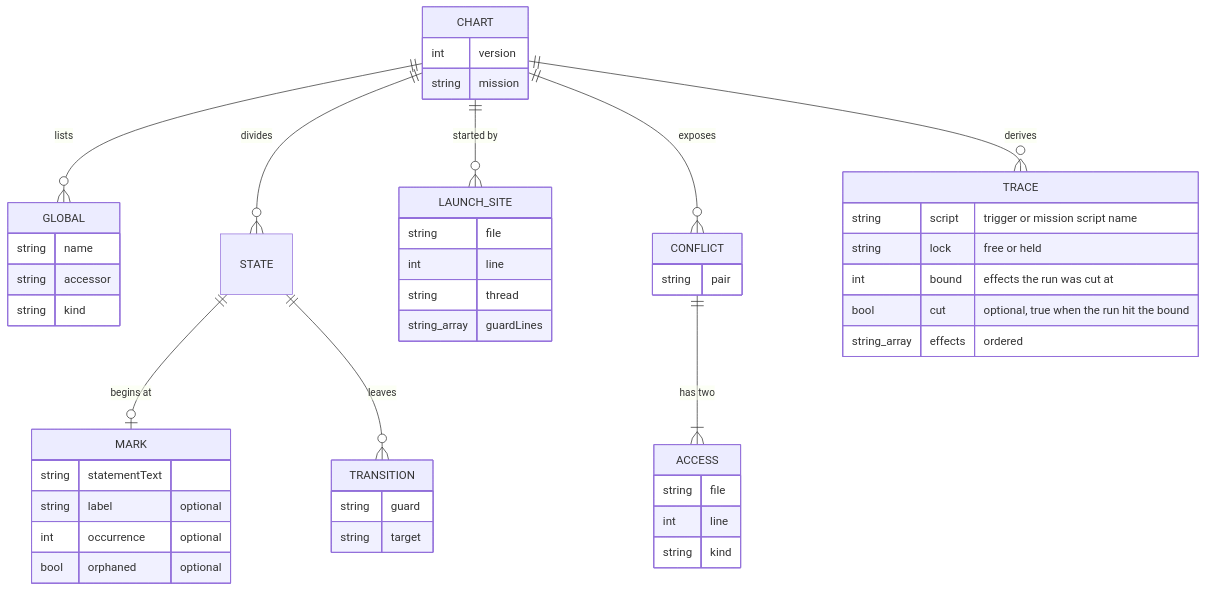
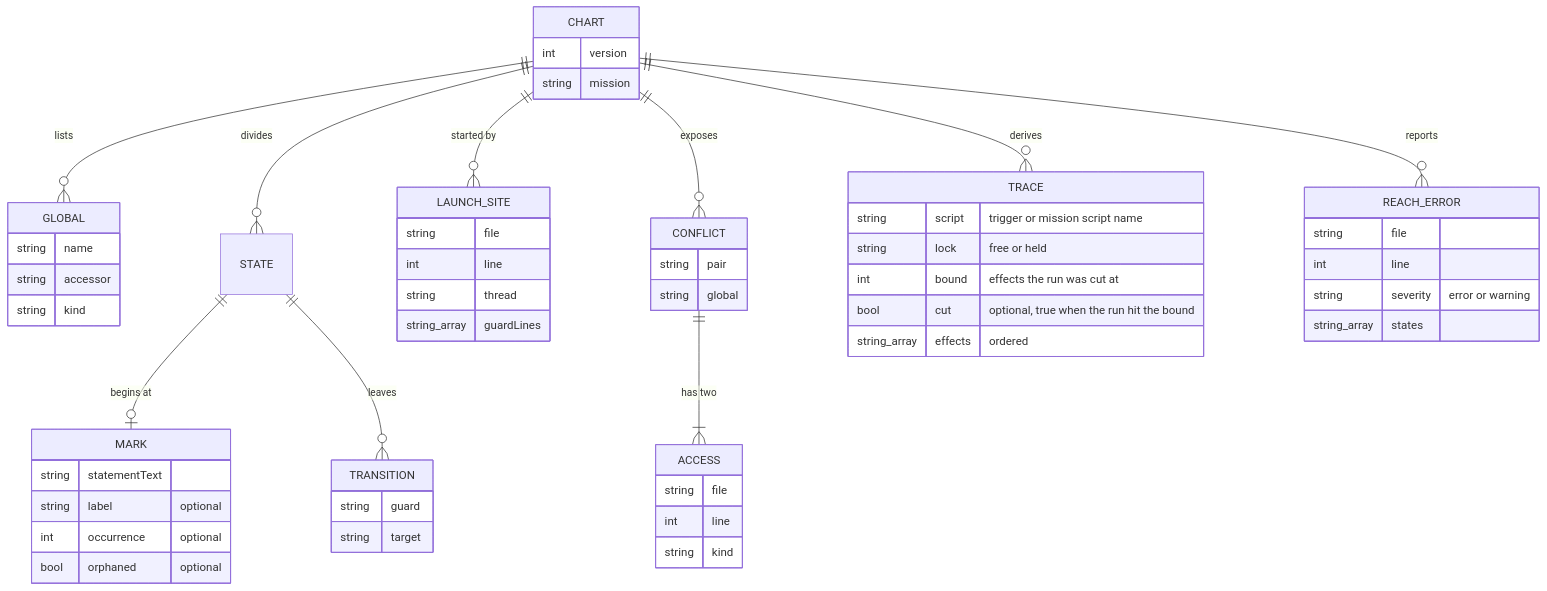
The second of 3 diagrams in .agents/plans/mission-baseline.md (chances/eventide-chronicles), drawn with Mermaid before and after one commit. The commit also changed other lines of this file and 23 other files, not shown here.

First line of the commit message:
Add states, guards, conflicts, and reach errors to mission charts

````diff
--- a/.agents/plans/mission-baseline.md
+++ b/.agents/plans/mission-baseline.md
@@ -88,51 +88,59 @@
 ```mermaid
 erDiagram
     CHART ||--o{ GLOBAL : lists
     CHART ||--o{ STATE : divides
     CHART ||--o{ LAUNCH_SITE : "started by"
     CHART ||--o{ CONFLICT : exposes
     CHART ||--o{ TRACE : derives
     STATE ||--o| MARK : "begins at"
     STATE ||--o{ TRANSITION : leaves
     CONFLICT ||--|{ ACCESS : "has two"
     CHART {
         int version
         string mission
     }
     GLOBAL {
         string name
         string accessor
         string kind
     }
     MARK {
         string statementText
         string label "optional"
         int occurrence "optional"
         bool orphaned "optional"
     }
     TRANSITION {
         string guard
         string target
     }
     LAUNCH_SITE {
         string file
         int line
         string thread
         string_array guardLines
     }
     CONFLICT {
         string pair
+        string global
+    }
+    CHART ||--o{ REACH_ERROR : reports
+    REACH_ERROR {
+        string file
+        int line
+        string severity "error or warning"
+        string_array states
     }
     ACCESS {
         string file
         int line
         string kind
     }
     TRACE {
         string script "trigger or mission script name"
         string lock "free or held"
         int bound "effects the run was cut at"
         bool cut "optional, true when the run hit the bound"
         string_array effects "ordered"
     }
 ```
````
